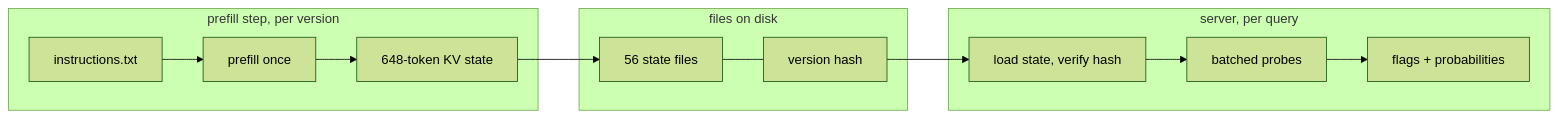
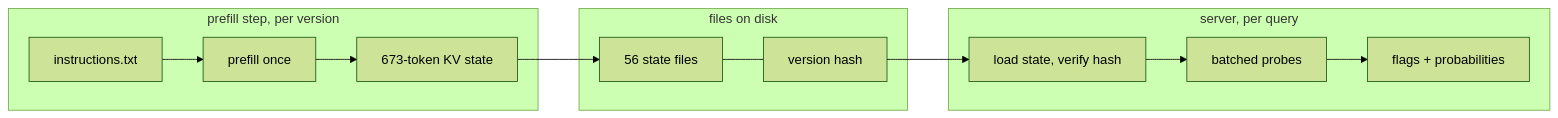
One commit to mschonaker/mschonaker.github.io changed the diagram in _posts/memoized-prefill-llm-router.md. Above: the diagram before and after it, drawn with Mermaid (forest theme). The commit also changed other lines of this file and 4 other files, not shown here.

````diff
--- a/_posts/memoized-prefill-llm-router.md
+++ b/_posts/memoized-prefill-llm-router.md
@@ -392,14 +392,14 @@
 ```mermaid
 flowchart LR
     subgraph prefill_step [prefill step, per version]
-        P[instructions.txt] --> K[prefill once] --> S[648-token KV state]
+        P[instructions.txt] --> K[prefill once] --> S[673-token KV state]
     end
     subgraph artifact [files on disk]
         S2[56 state files] --- V[version hash]
     end
     subgraph serve [server, per query]
         L[load state, verify hash] --> Q[batched probes] --> F[flags + probabilities]
     end
     S --> S2
     V --> L
 ```
````
